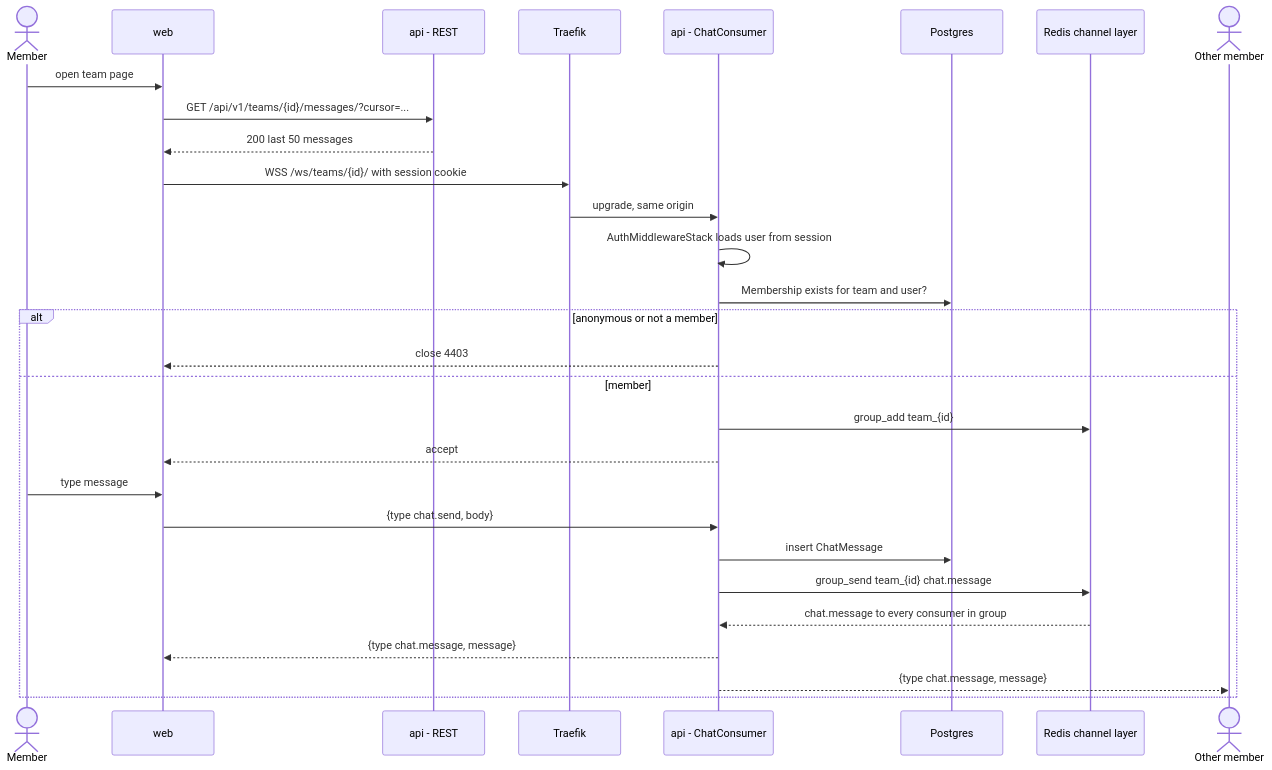
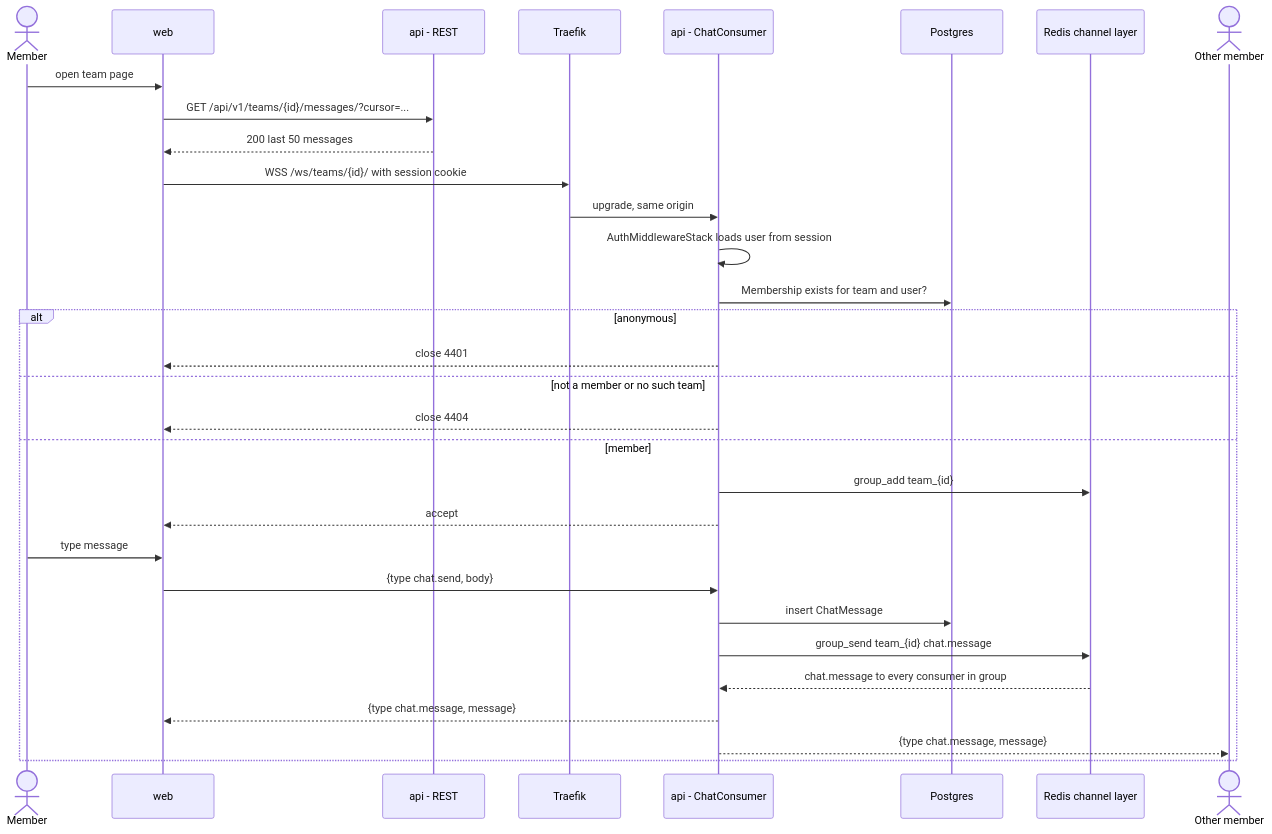
One commit to season101/teammatch changed the fifth of 6 diagrams in docs/architecture/flows.md. Above: the diagram before and after it, drawn with Mermaid. The commit also changed 8 other files, not shown here.

````diff
--- a/docs/architecture/flows.md
+++ b/docs/architecture/flows.md
@@ -157,32 +157,34 @@
 ```mermaid
 sequenceDiagram
     actor U as Member
     participant W as web
     participant A0 as api - REST
     participant T as Traefik
     participant C as api - ChatConsumer
     participant DB as Postgres
     participant R as Redis channel layer
     actor U2 as Other member
 
     U->>W: open team page
     W->>A0: GET /api/v1/teams/{id}/messages/?cursor=...
     A0-->>W: 200 last 50 messages
     W->>T: WSS /ws/teams/{id}/ with session cookie
     T->>C: upgrade, same origin
     C->>C: AuthMiddlewareStack loads user from session
     C->>DB: Membership exists for team and user?
-    alt anonymous or not a member
-        C-->>W: close 4403
+    alt anonymous
+        C-->>W: close 4401
+    else not a member or no such team
+        C-->>W: close 4404
     else member
         C->>R: group_add team_{id}
         C-->>W: accept
         U->>W: type message
         W->>C: {type chat.send, body}
         C->>DB: insert ChatMessage
         C->>R: group_send team_{id} chat.message
         R-->>C: chat.message to every consumer in group
         C-->>W: {type chat.message, message}
         C-->>U2: {type chat.message, message}
     end
 ```
````
